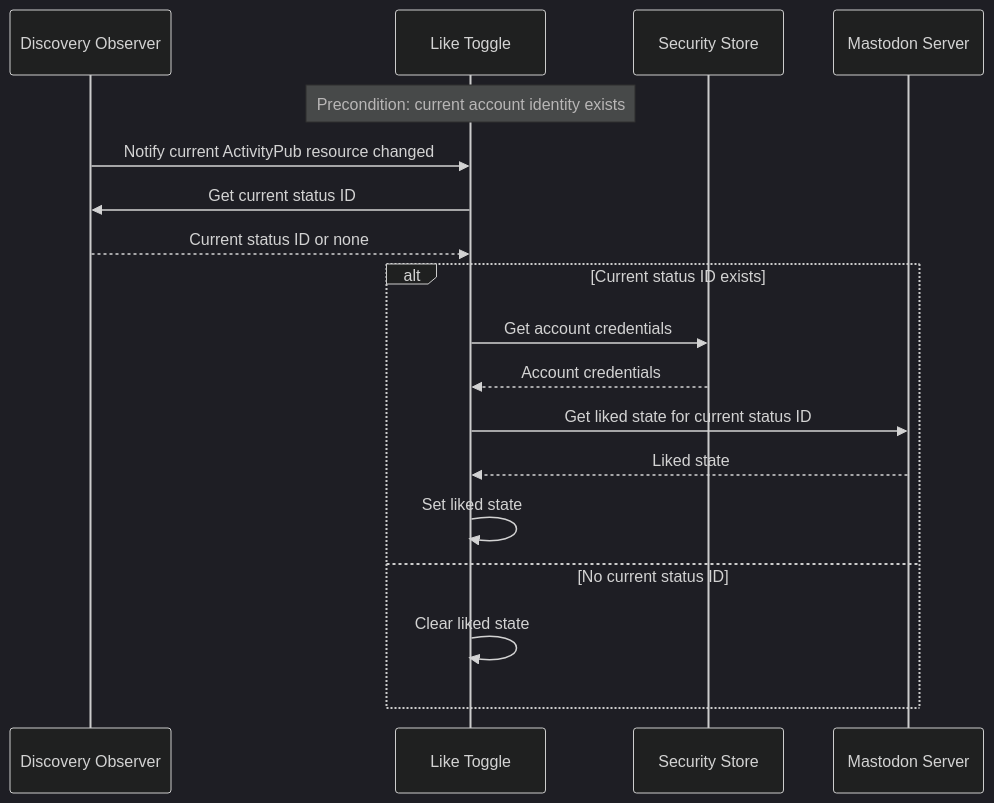
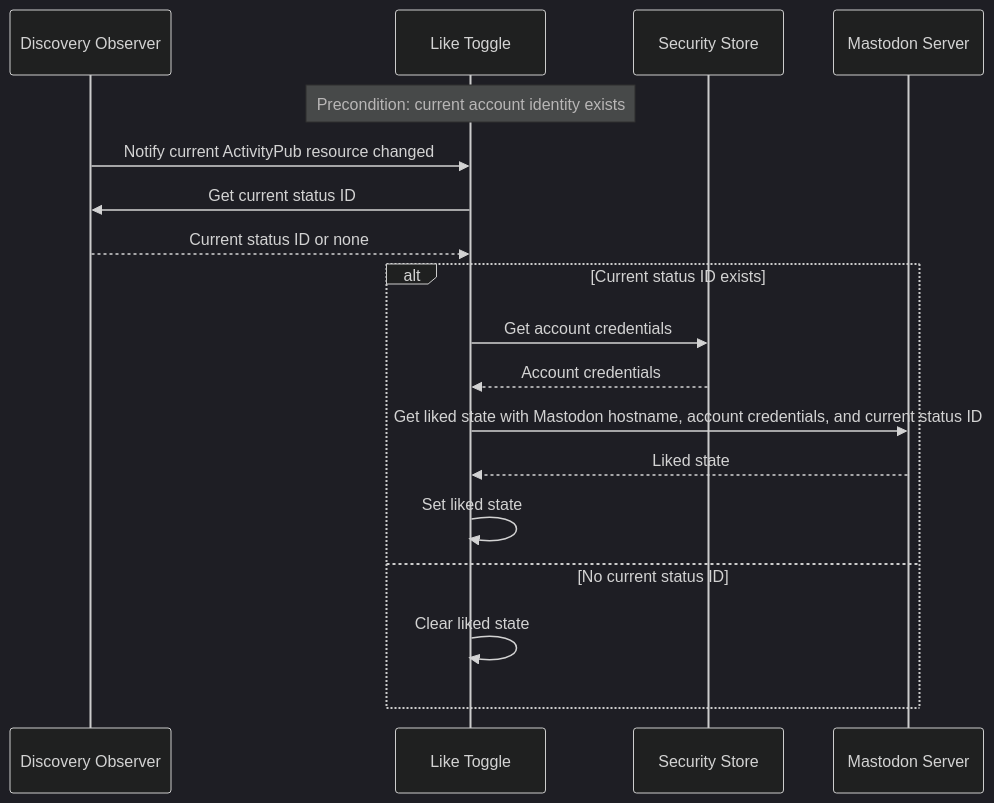
Before and after one commit to social-web-foundation/activitypub-browser-extension: the third of 6 diagrams in docs/architecture/process.md, drawn with Mermaid (dark theme). The commit also changed other lines of this file and 3 other files, not shown here.

Commit message:
feat: get statusId for resource

````diff
--- a/docs/architecture/process.md
+++ b/docs/architecture/process.md
@@ -199,23 +199,23 @@
 ```mermaid
 sequenceDiagram
     participant Observer as Discovery Observer
     participant Toggle as Like Toggle
     participant Security as Security Store
     participant Mastodon as Mastodon Server
 
     Note over Toggle: Precondition: current account identity exists
     Observer->>Toggle: Notify current ActivityPub resource changed
 
     Toggle->>Observer: Get current status ID
     Observer-->>Toggle: Current status ID or none
 
     alt Current status ID exists
         Toggle->>Security: Get account credentials
         Security-->>Toggle: Account credentials
-        Toggle->>Mastodon: Get liked state for current status ID
+        Toggle->>Mastodon: Get liked state with Mastodon hostname, account credentials, and current status ID
         Mastodon-->>Toggle: Liked state
         Toggle->>Toggle: Set liked state
     else No current status ID
         Toggle->>Toggle: Clear liked state
     end
 ```
````
